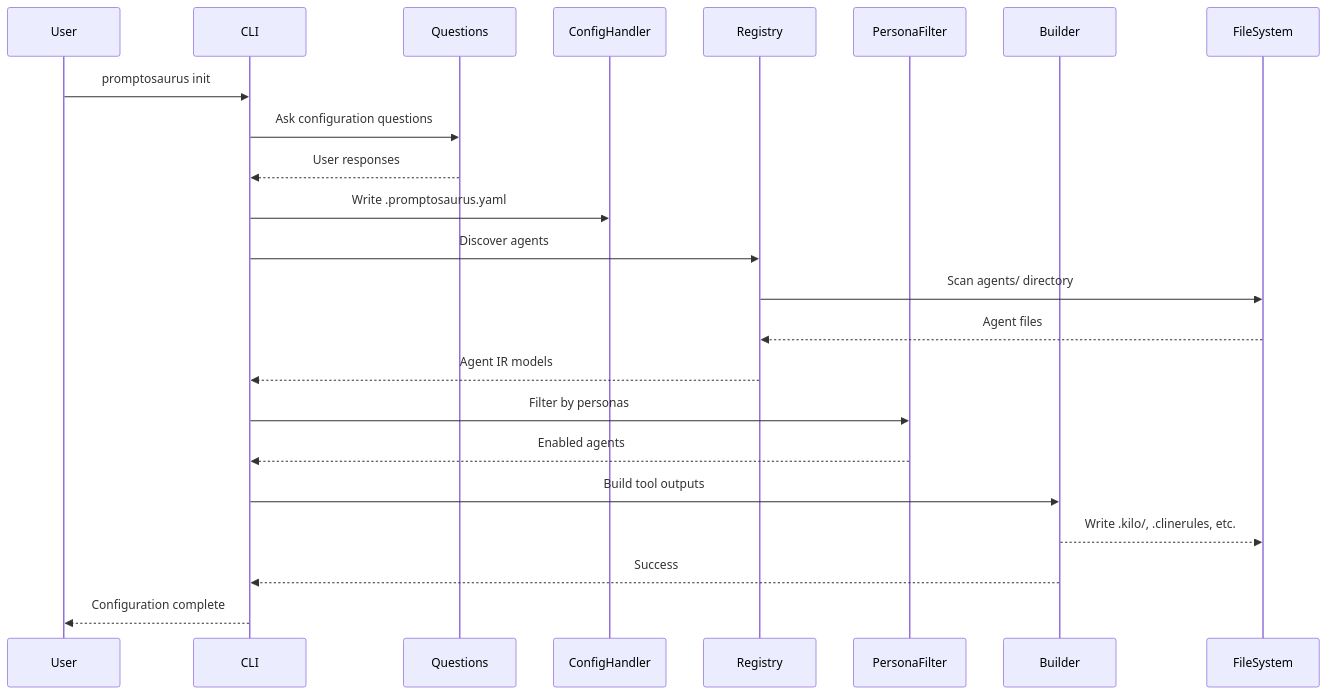
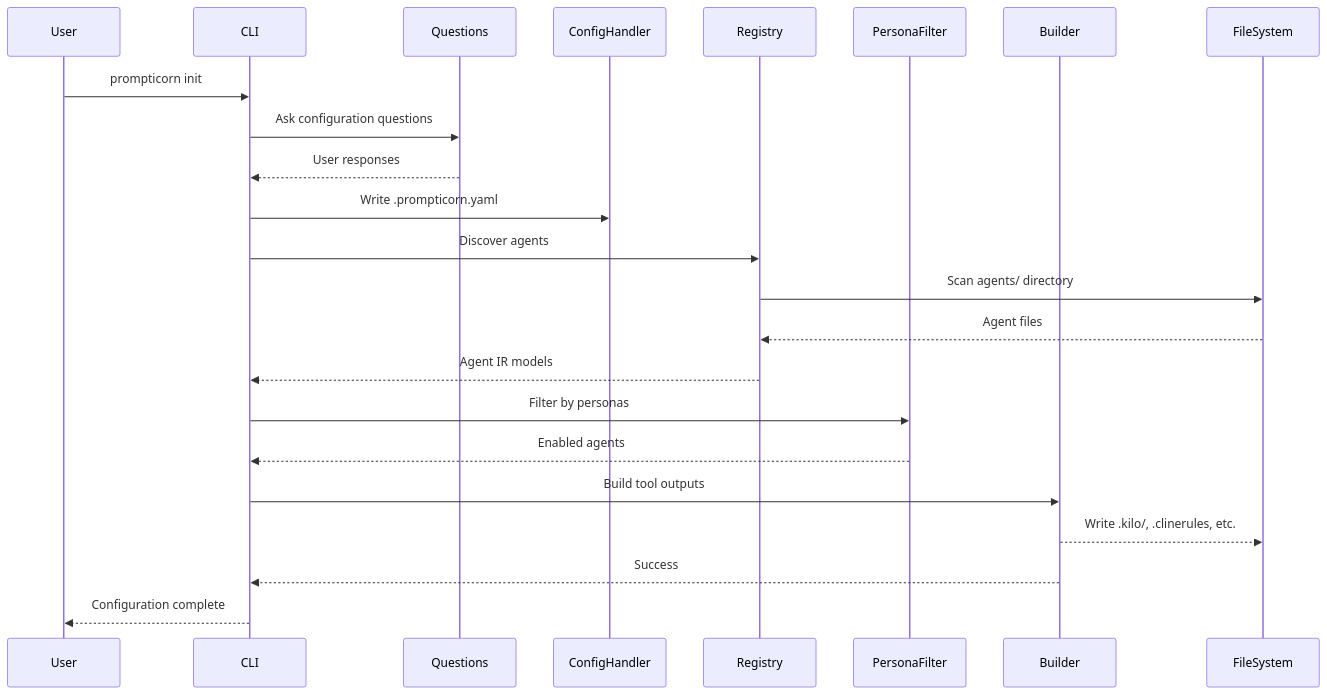
One commit to snoodleboot-io/prompticorn changed the second of 4 diagrams in docs/ARCHITECTURE.md. Above: the diagram before and after it, drawn with Mermaid. The commit also changed other lines of this file and 1334 other files, not shown here.

````diff
--- a/docs/ARCHITECTURE.md
+++ b/docs/ARCHITECTURE.md
@@ -408,26 +408,26 @@
 ```mermaid
 sequenceDiagram
     participant User
     participant CLI
     participant Questions
     participant ConfigHandler
     participant Registry
     participant PersonaFilter
     participant Builder
     participant FileSystem
 
-    User->>CLI: promptosaurus init
+    User->>CLI: prompticorn init
     CLI->>Questions: Ask configuration questions
     Questions-->>CLI: User responses
-    CLI->>ConfigHandler: Write .promptosaurus.yaml
+    CLI->>ConfigHandler: Write .prompticorn.yaml
     CLI->>Registry: Discover agents
     Registry->>FileSystem: Scan agents/ directory
     FileSystem-->>Registry: Agent files
     Registry-->>CLI: Agent IR models
     CLI->>PersonaFilter: Filter by personas
     PersonaFilter-->>CLI: Enabled agents
     CLI->>Builder: Build tool outputs
     Builder-->>FileSystem: Write .kilo/, .clinerules, etc.
     Builder-->>CLI: Success
     CLI-->>User: Configuration complete
 ```
````
